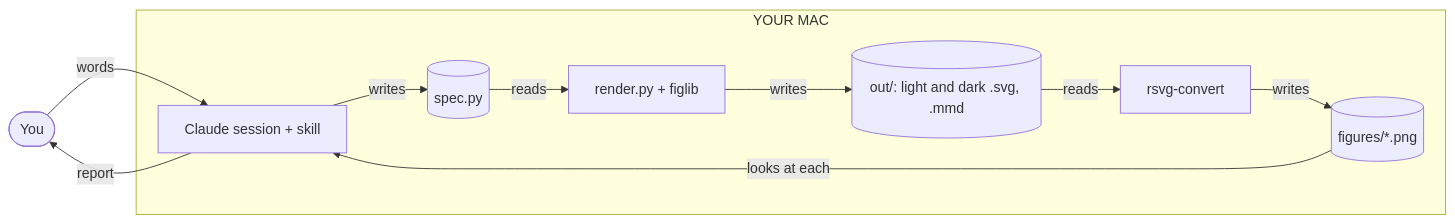
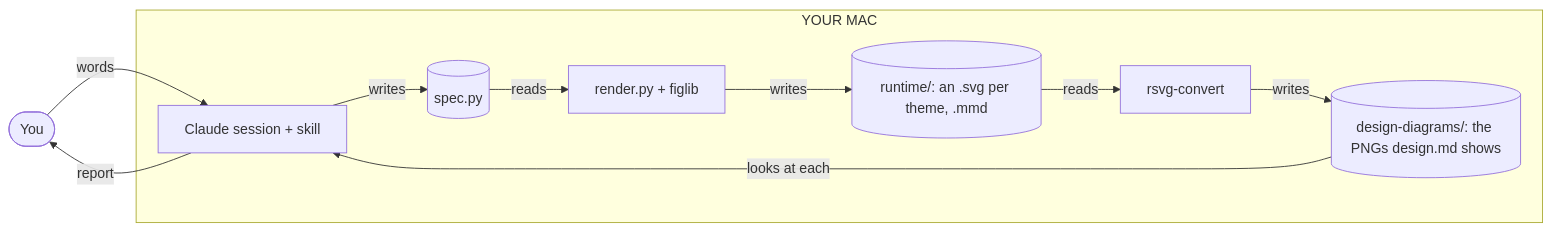
The first of 2 diagrams in skills/readable-diagrams/HOW-IT-WORKS.md (DanTanzer/dans-skills), drawn with Mermaid before and after one commit. The commit also changed other lines of this file and 25 other files, not shown here.

First line of the commit message:
readable-diagrams: a runtime folder, light, dark or both, and a diagrams folder per doc

````diff
--- a/skills/readable-diagrams/HOW-IT-WORKS.md
+++ b/skills/readable-diagrams/HOW-IT-WORKS.md
@@ -41,14 +41,14 @@
 ```mermaid
 flowchart LR
   you(["You"])
   subgraph mac["YOUR MAC"]
     claude["Claude session + skill"] -->|writes| spec[("spec.py")]
     spec -->|reads| render["render.py + figlib"]
-    render -->|writes| outdir[("out/: light and dark .svg, .mmd")]
-    outdir -->|reads| exporter["rsvg-convert"]
-    exporter -->|writes| pngs[("figures/*.png")]
+    render -->|writes| runtime[("runtime/: an .svg per theme, .mmd")]
+    runtime -->|reads| exporter["rsvg-convert"]
+    exporter -->|writes| pngs[("design-diagrams/: the PNGs design.md shows")]
     pngs -->|looks at each| claude
   end
   you -->|words| claude
   claude -->|report| you
 ```
````
